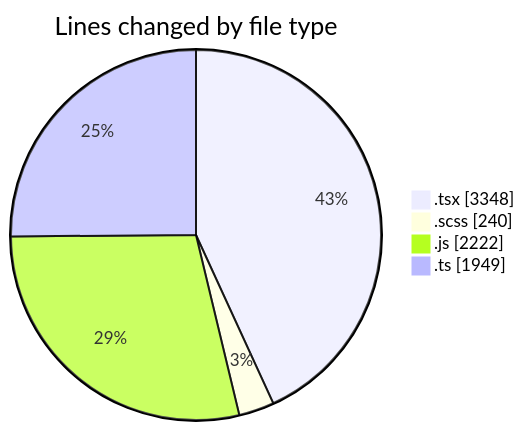
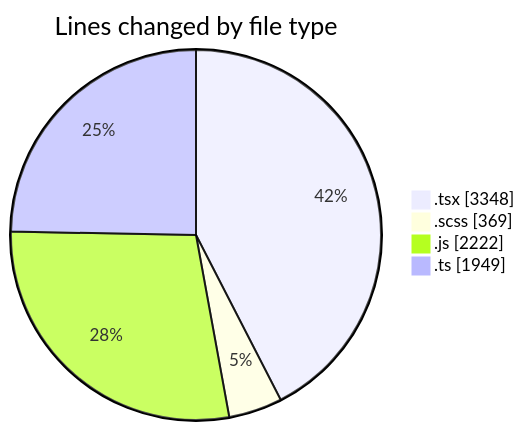
Before and after one commit to momahboobian/code-tracking: the first of 2 diagrams in 2026-06-17/cda/README.md, drawn with Mermaid. The commit also changed other lines of this file and 1 other file, not shown here.

````diff
--- a/2026-06-17/cda/README.md
+++ b/2026-06-17/cda/README.md
@@ -50,8 +51,8 @@
 ```mermaid
 pie showData
 title Lines changed by file type
 ".tsx" : 3348
-".scss" : 240
+".scss" : 369
 ".js" : 2222
 ".ts" : 1949
 ```
````
